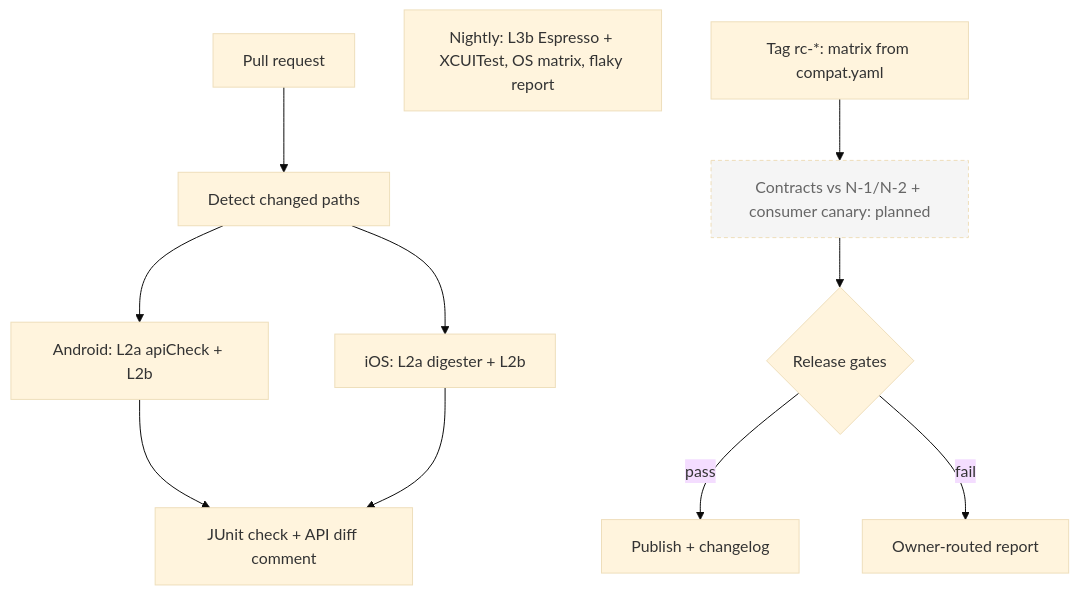
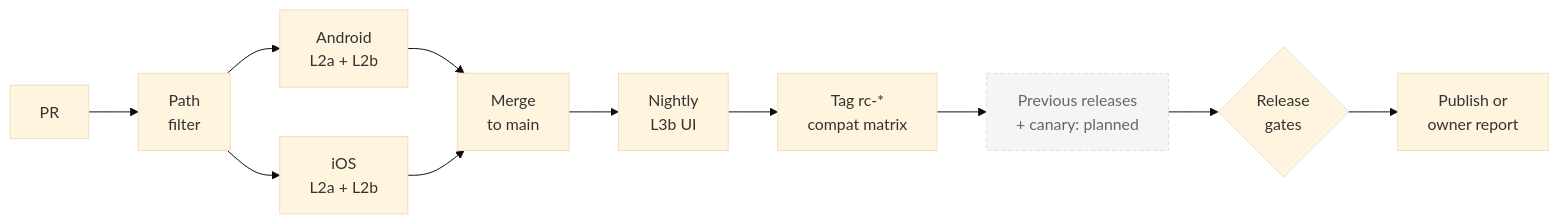
Before and after one commit to ricardorlg/sdk-qa-assignment: the first of 2 diagrams in docs/FINAL_DELIVERABLE.md, drawn with Mermaid (base theme). The commit also changed other lines of this file and 8 other files, not shown here.

Commit message:
Audit round 2: AI disclosure, counts, connected diagrams, non-empty scenario guard

````diff
--- a/docs/FINAL_DELIVERABLE.md
+++ b/docs/FINAL_DELIVERABLE.md
@@ -292,15 +292,15 @@
 ```mermaid
-flowchart TD
-  PR[Pull request] --> P[Detect changed paths]
-  P --> AND[Android: L2a apiCheck + L2b]
-  P --> IOS[iOS: L2a digester + L2b]
-  AND --> REP[JUnit check + API diff comment]
-  IOS --> REP
-  N[Nightly: L3b Espresso + XCUITest, OS matrix, flaky report]
-  RC[Tag rc-*: matrix from compat.yaml] --> K[Contracts vs N-1/N-2 + consumer canary: planned]
-  K --> G{Release gates}
-  G -->|pass| R[Publish + changelog]
-  G -->|fail| F[Owner-routed report]
+flowchart LR
+  PR[PR] --> P[Path<br/>filter]
+  P --> AND[Android<br/>L2a + L2b]
+  P --> IOS[iOS<br/>L2a + L2b]
+  AND --> M[Merge<br/>to main]
+  IOS --> M
+  M --> N[Nightly<br/>L3b UI]
+  N --> RC[Tag rc-*<br/>compat matrix]
+  RC --> K[Previous releases<br/>+ canary: planned]
+  K --> G{Release<br/>gates}
+  G --> R[Publish or<br/>owner report]
   classDef planned stroke-dasharray: 4 3,fill:#f5f5f5,color:#666
   class K planned
 ```
````
